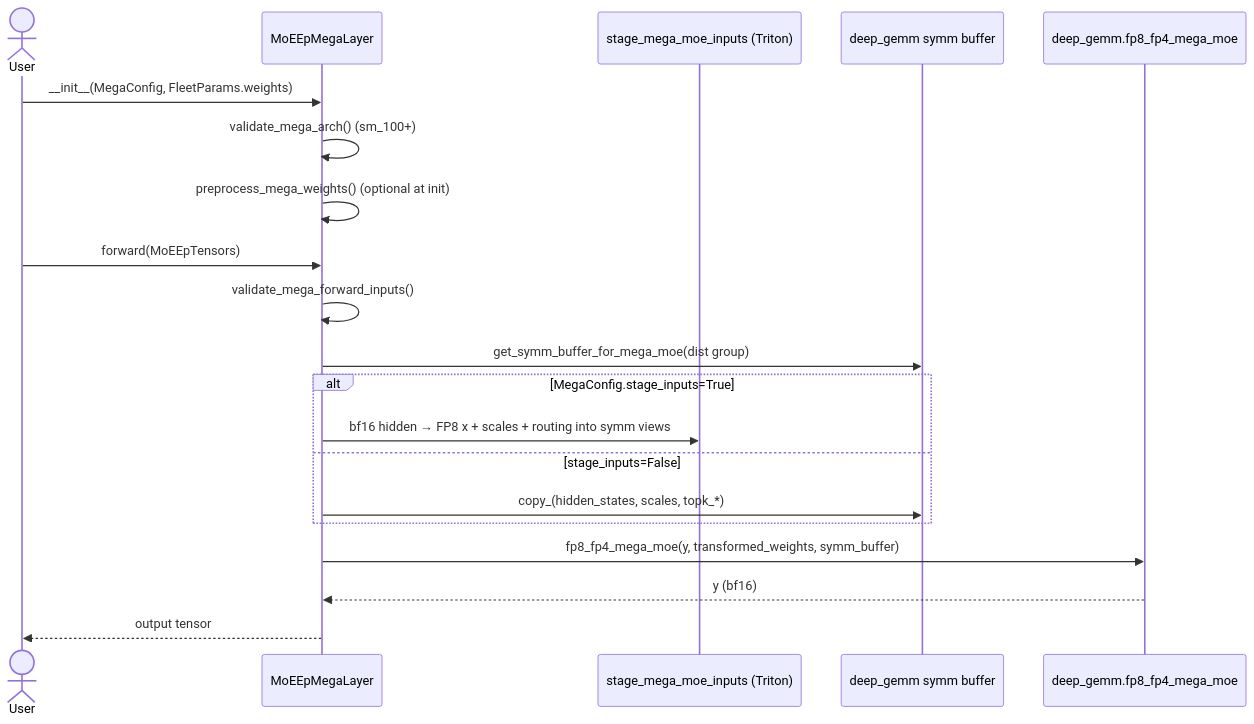
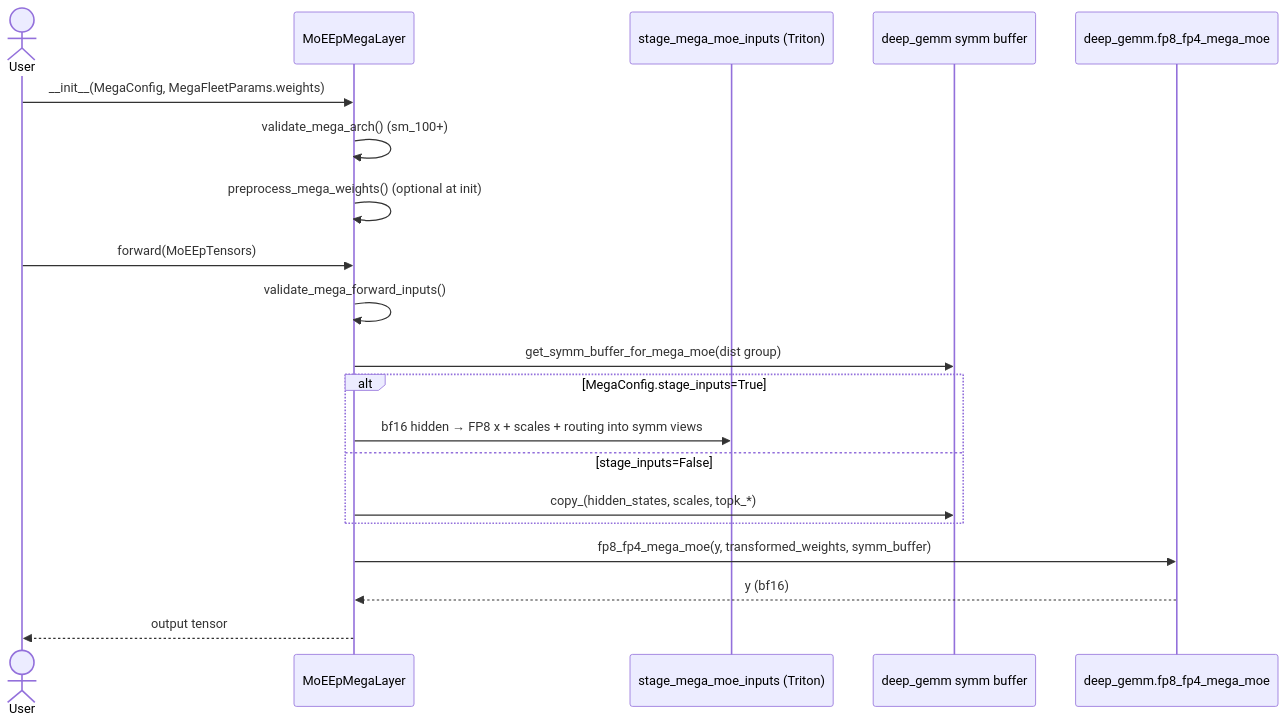
Before and after one commit to flashinfer-ai/flashinfer: the third of 3 diagrams in docs/design_docs/moe_ep_v2_vs_moe_ep.md, drawn with Mermaid. The commit also changed other lines of this file and 49 other files, not shown here.

````diff
--- a/docs/design_docs/moe_ep_v2_vs_moe_ep.md
+++ b/docs/design_docs/moe_ep_v2_vs_moe_ep.md
@@ -226,26 +226,26 @@
 ```mermaid
 sequenceDiagram
     actor User
     participant Layer as MoEEpMegaLayer
     participant Staging as stage_mega_moe_inputs (Triton)
     participant Symm as deep_gemm symm buffer
     participant DG as deep_gemm.fp8_fp4_mega_moe
 
-    User->>Layer: __init__(MegaConfig, FleetParams.weights)
+    User->>Layer: __init__(MegaConfig, MegaFleetParams.weights)
     Layer->>Layer: validate_mega_arch() (sm_100+)
     Layer->>Layer: preprocess_mega_weights() (optional at init)
 
     User->>Layer: forward(MoEEpTensors)
     Layer->>Layer: validate_mega_forward_inputs()
     Layer->>Symm: get_symm_buffer_for_mega_moe(dist group)
 
     alt MegaConfig.stage_inputs=True
         Layer->>Staging: bf16 hidden → FP8 x + scales + routing into symm views
     else stage_inputs=False
         Layer->>Symm: copy_(hidden_states, scales, topk_*)
     end
 
     Layer->>DG: fp8_fp4_mega_moe(y, transformed_weights, symm_buffer)
     DG-->>Layer: y (bf16)
     Layer-->>User: output tensor
 ```
````
